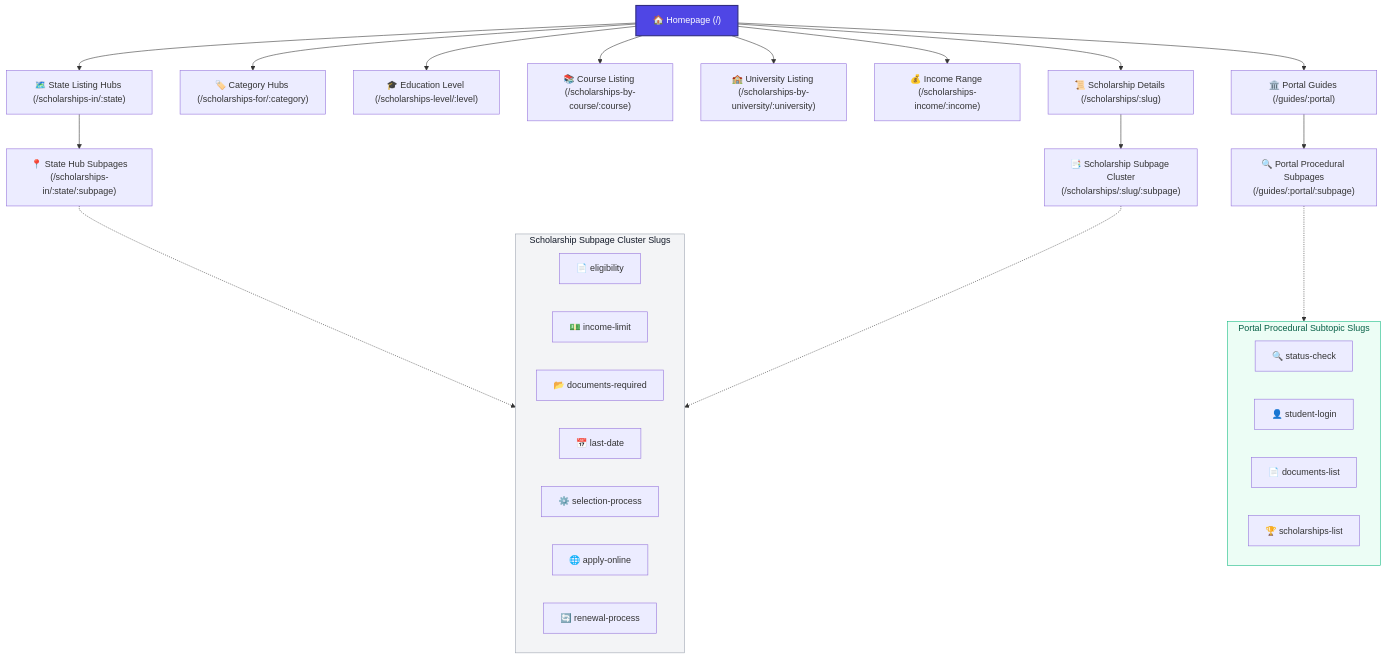
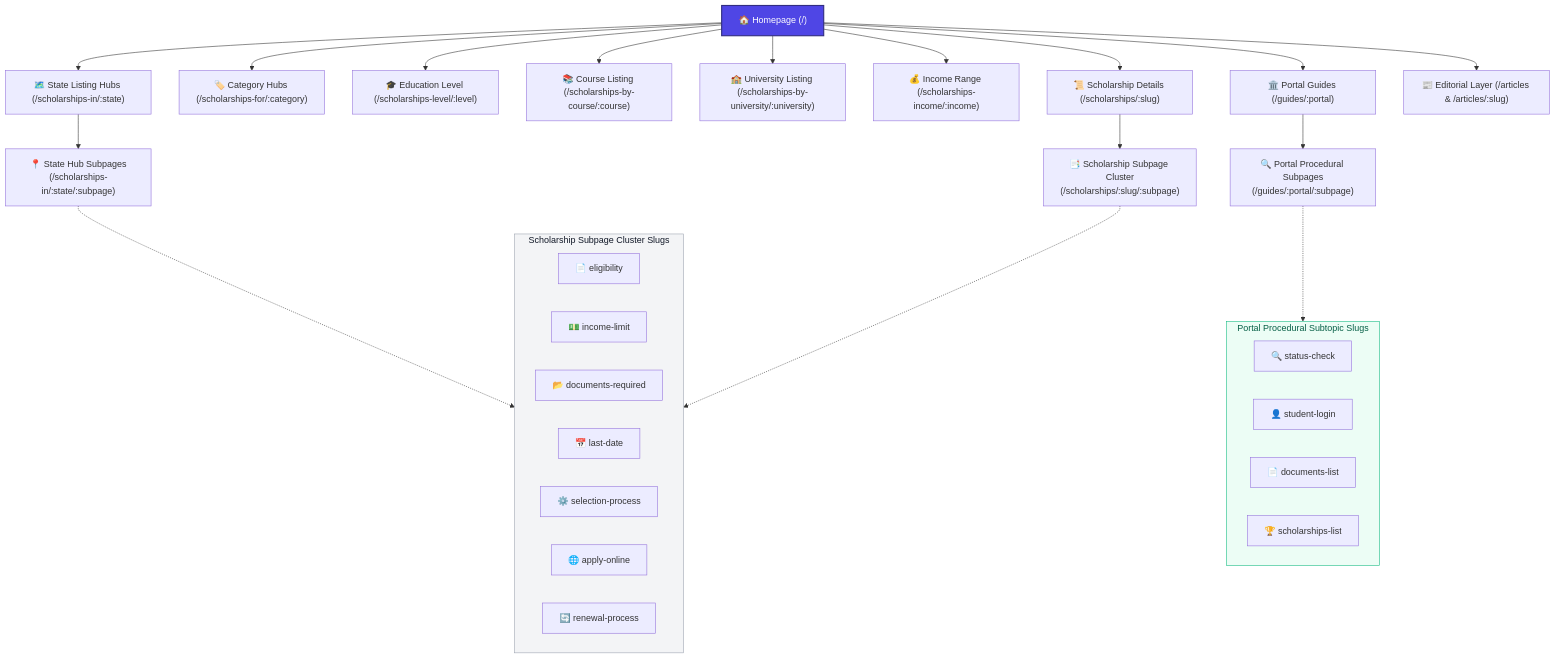
Before and after one commit to bizmantra/india-scholarships: the diagram in scholarship-app/docs/seo_site_structure.md, drawn with Mermaid. The commit also changed other lines of this file and 925 other files, not shown here.

````diff
--- a/scholarship-app/docs/seo_site_structure.md
+++ b/scholarship-app/docs/seo_site_structure.md
@@ -17,50 +17,51 @@
 ```mermaid
 graph TD
     %% Base Node
     Home["🏠 Homepage (/)"]
     
     %% Tier 1: Primary Hubs / Directories
     Home --> StateHub["🗺️ State Listing Hubs (/scholarships-in/:state)"]
     Home --> CatHub["🏷️ Category Hubs (/scholarships-for/:category)"]
     Home --> EduHub["🎓 Education Level (/scholarships-level/:level)"]
     Home --> CourseHub["📚 Course Listing (/scholarships-by-course/:course)"]
     Home --> UniHub["🏫 University Listing (/scholarships-by-university/:university)"]
     Home --> IncomeHub["💰 Income Range (/scholarships-income/:income)"]
     Home --> DetailsHub["📜 Scholarship Details (/scholarships/:slug)"]
     Home --> PortalGuides["🏛️ Portal Guides (/guides/:portal)"]
+    Home --> EditorialLayer["📰 Editorial Layer (/articles & /articles/:slug)"]
 
     %% Tier 2: State Subpages
     StateHub --> StateSubpage["📍 State Hub Subpages<br/>(/scholarships-in/:state/:subpage)"]
     
     %% Tier 2: Scholarship Subpages
     DetailsHub --> DetailsSubpage["📑 Scholarship Subpage Cluster<br/>(/scholarships/:slug/:subpage)"]
 
     %% Tier 2: Portal Guide Subpages
     PortalGuides --> PortalSubpages["🔍 Portal Procedural Subpages<br/>(/guides/:portal/:subpage)"]
 
     %% Subpage Types
     subgraph Subpages [Scholarship Subpage Cluster Slugs]
         sub1["📄 eligibility"]
         sub2["💵 income-limit"]
         sub3["📂 documents-required"]
         sub4["📅 last-date"]
         sub5["⚙️ selection-process"]
         sub6["🌐 apply-online"]
         sub7["🔄 renewal-process"]
     end
 
     subgraph PortalSubtopics [Portal Procedural Subtopic Slugs]
         pSub1["🔍 status-check"]
         pSub2["👤 student-login"]
         pSub3["📄 documents-list"]
         pSub4["🏆 scholarships-list"]
     end
 
     StateSubpage -.-> Subpages
     DetailsSubpage -.-> Subpages
     PortalSubpages -.-> PortalSubtopics
 
     style Home fill:#4F46E5,stroke:#312E81,stroke-width:2px,color:#fff
     style Subpages fill:#F3F4F6,stroke:#9CA3AF,stroke-width:1px,color:#111827
     style PortalSubtopics fill:#ECFDF5,stroke:#10B981,stroke-width:1px,color:#065F46
 ```
````
